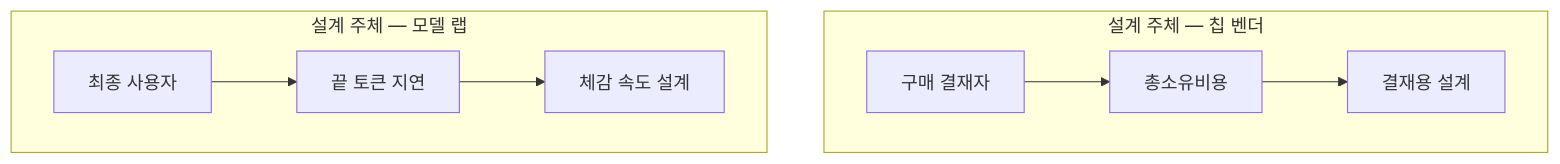
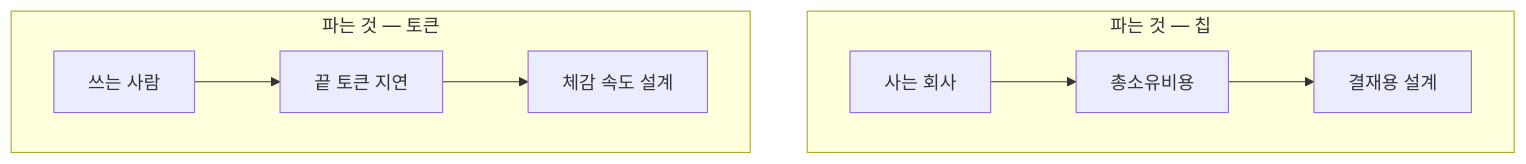
The first of 7 diagrams in insights/frames/exp/2026-08-27-openai-jalapeno-strategy-opus.md (yohan4477/semi-report), drawn with Mermaid before and after one commit. The commit also changed other lines of this file and 2 other files, not shown here.

````diff
--- a/insights/frames/exp/2026-08-27-openai-jalapeno-strategy-opus.md
+++ b/insights/frames/exp/2026-08-27-openai-jalapeno-strategy-opus.md
@@ -32,11 +32,11 @@
 ```mermaid
 flowchart TD
-    subgraph V["설계 주체 — 칩 벤더"]
-        V1["구매 결재자"] --> V2["총소유비용"]
+    subgraph V["파는 것 — 칩"]
+        V1["사는 회사"] --> V2["총소유비용"]
         V2 --> V3["결재용 설계"]
     end
-    subgraph L["설계 주체 — 모델 랩"]
-        L1["최종 사용자"] --> L2["끝 토큰 지연"]
+    subgraph L["파는 것 — 토큰"]
+        L1["쓰는 사람"] --> L2["끝 토큰 지연"]
         L2 --> L3["체감 속도 설계"]
     end
 ```
````
